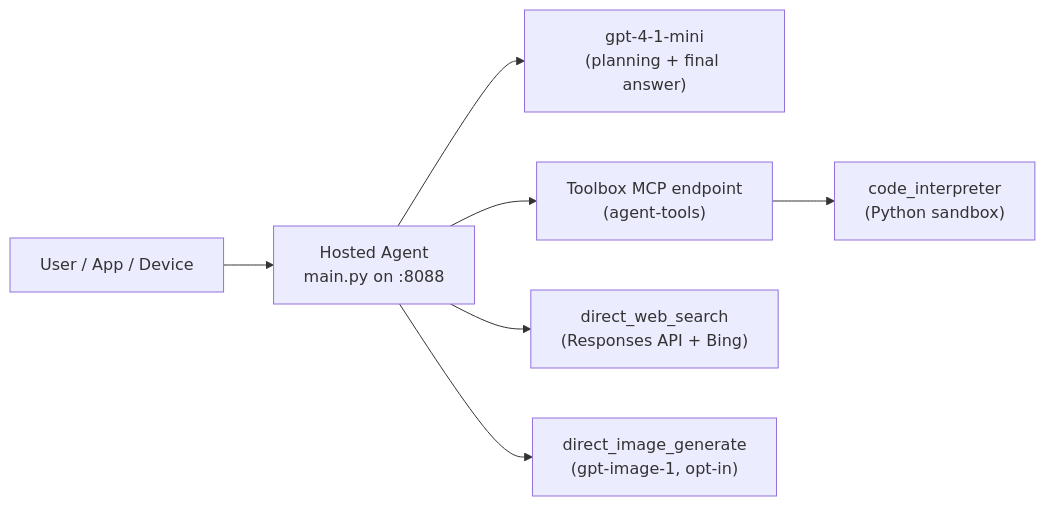
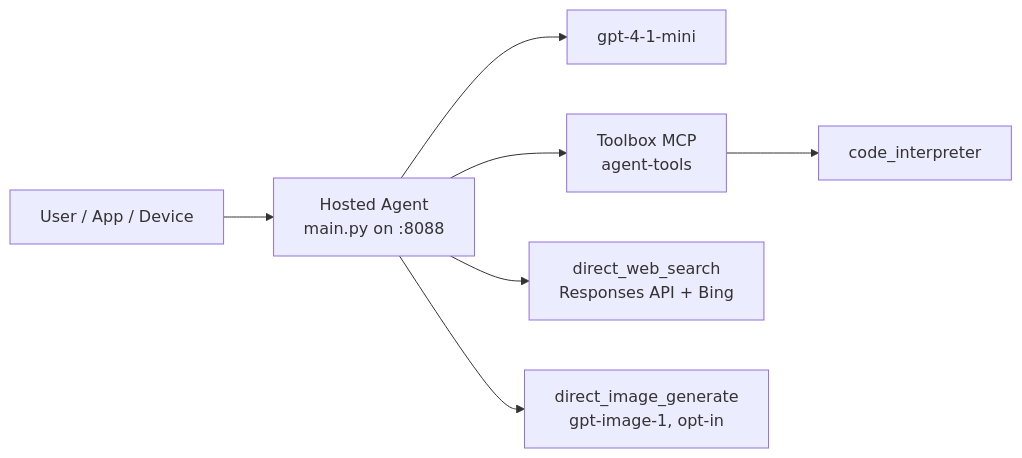
The third of 5 diagrams in Agents/Foundry-Hosted-Agent-Toolbox-Demo/README.md (david-xinyuwei/david-share), drawn with Mermaid before and after one commit. The commit also changed other lines of this file and 1 other file, not shown here.

Commit message:
Fix Mermaid text overflow + correct Hosted Agent to MicroVM (not container)

````diff
--- a/Agents/Foundry-Hosted-Agent-Toolbox-Demo/README.md
+++ b/Agents/Foundry-Hosted-Agent-Toolbox-Demo/README.md
@@ -110,9 +110,9 @@
 ```mermaid
 flowchart LR
-    User["User / App / Device"] --> HostedAgent["Hosted Agent<br/>main.py on :8088"]
-    HostedAgent --> GPT["gpt-4-1-mini<br/>(planning + final answer)"]
-    HostedAgent --> ToolboxMCP["Toolbox MCP endpoint<br/>(agent-tools)"]
-    ToolboxMCP --> CI["code_interpreter<br/>(Python sandbox)"]
-    HostedAgent --> WebSearch["direct_web_search<br/>(Responses API + Bing)"]
-    HostedAgent --> ImageGen["direct_image_generate<br/>(gpt-image-1, opt-in)"]
+    User["User / App / Device"] --> HA["Hosted Agent<br/>main.py on :8088"]
+    HA --> GPT["gpt-4-1-mini"]
+    HA --> TB["Toolbox MCP<br/>agent-tools"]
+    TB --> CI["code_interpreter"]
+    HA --> WS["direct_web_search<br/>Responses API + Bing"]
+    HA --> IG["direct_image_generate<br/>gpt-image-1, opt-in"]
 ```
````
